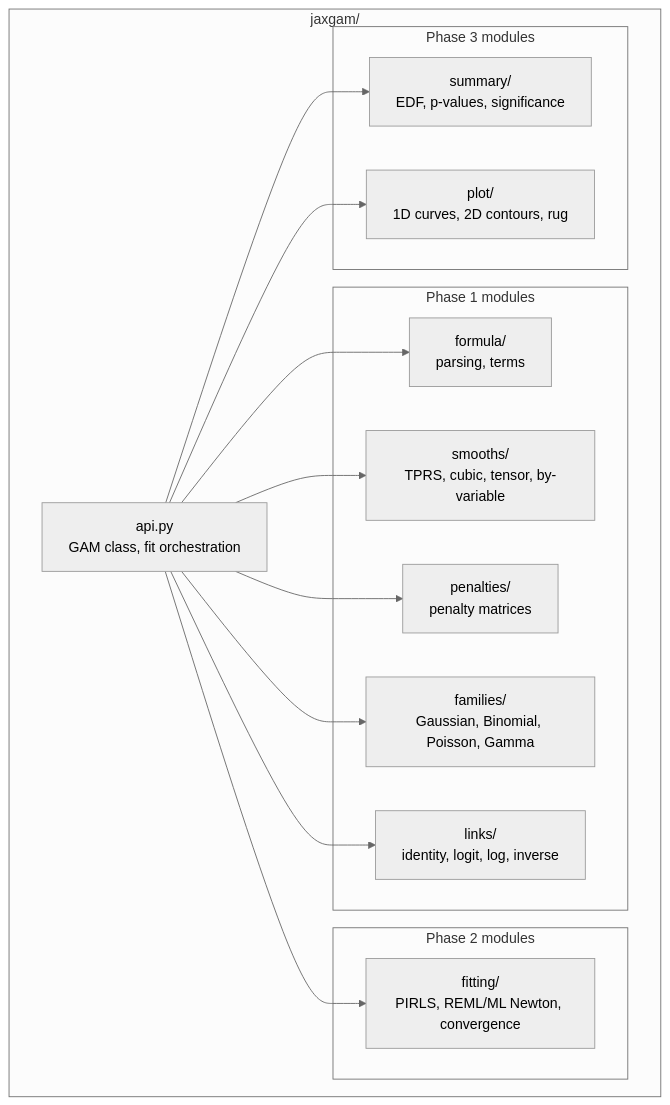
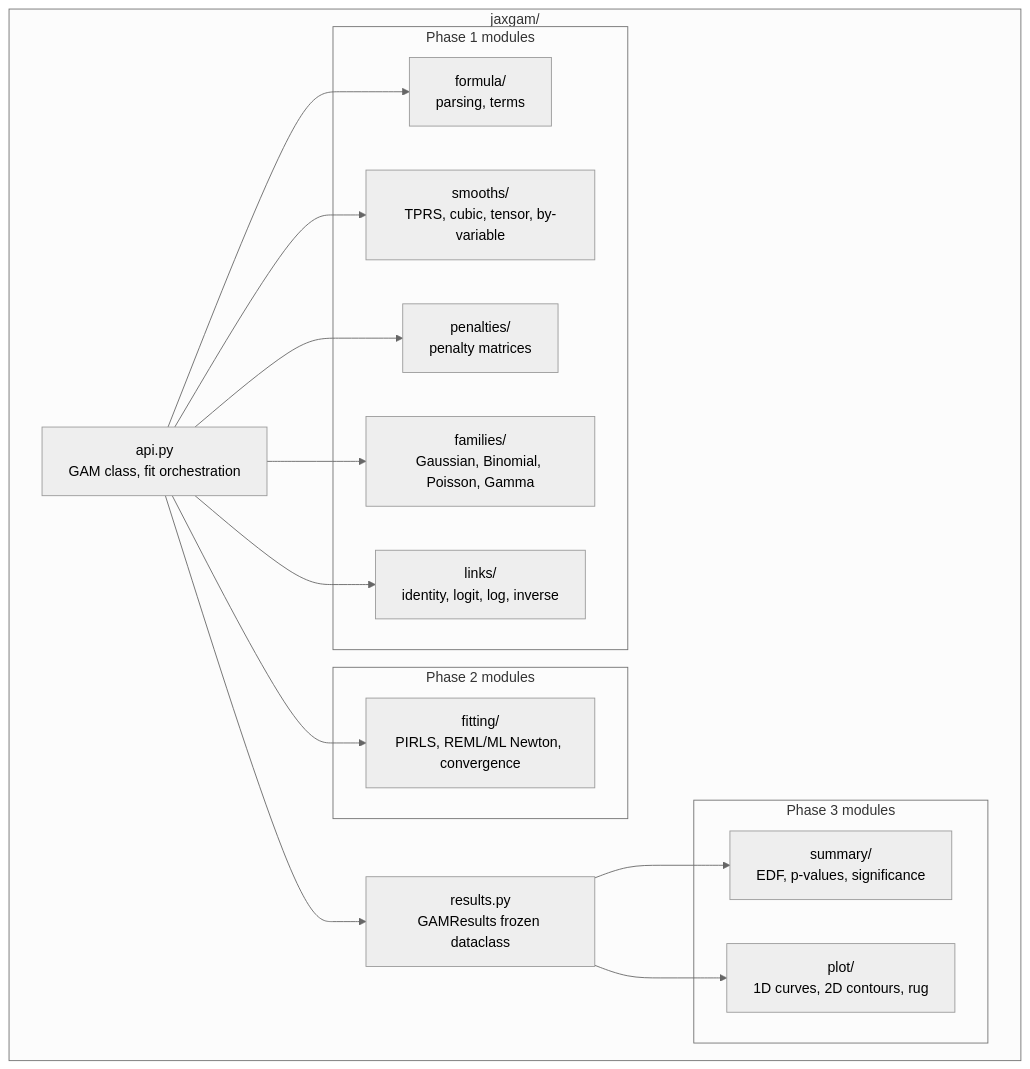
The second of 2 diagrams in CONTRIBUTING.md (scatt67/jaxgam), drawn with Mermaid (neutral theme) before and after one commit. The commit also changed other lines of this file and 24 other files, not shown here.

````diff
--- a/CONTRIBUTING.md
+++ b/CONTRIBUTING.md
@@ -92,32 +92,34 @@
 ```mermaid
 graph TD
     subgraph "jaxgam/"
         API["api.py<br/>GAM class, fit orchestration"]
+        RES["results.py<br/>GAMResults frozen dataclass"]
 
         subgraph "Phase 1 modules"
             F["formula/<br/>parsing, terms"]
             SM["smooths/<br/>TPRS, cubic, tensor, by-variable"]
             PEN["penalties/<br/>penalty matrices"]
             FAM["families/<br/>Gaussian, Binomial, Poisson, Gamma"]
             LNK["links/<br/>identity, logit, log, inverse"]
         end
 
         subgraph "Phase 2 modules"
             FIT["fitting/<br/>PIRLS, REML/ML Newton, convergence"]
         end
 
         subgraph "Phase 3 modules"
             SUM["summary/<br/>EDF, p-values, significance"]
             PLT["plot/<br/>1D curves, 2D contours, rug"]
         end
     end
 
     API --> F
     API --> SM
     API --> PEN
     API --> FAM
     API --> LNK
     API --> FIT
-    API --> SUM
-    API --> PLT
+    API --> RES
+    RES --> SUM
+    RES --> PLT
 ```
````
